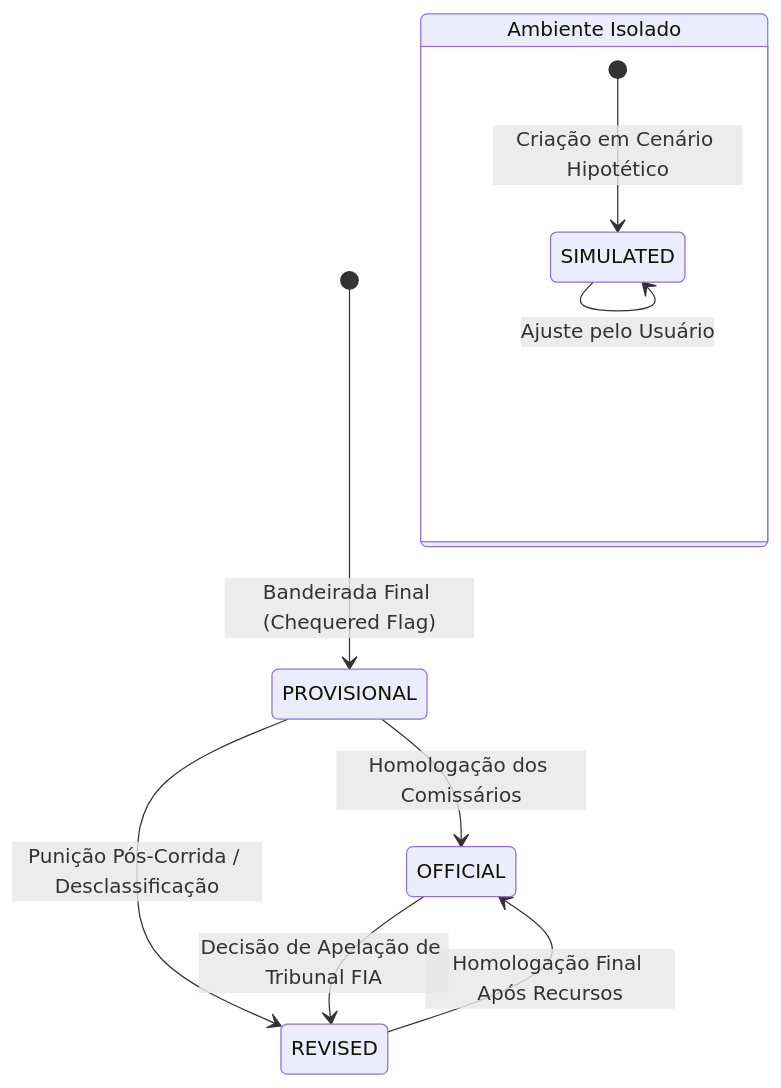
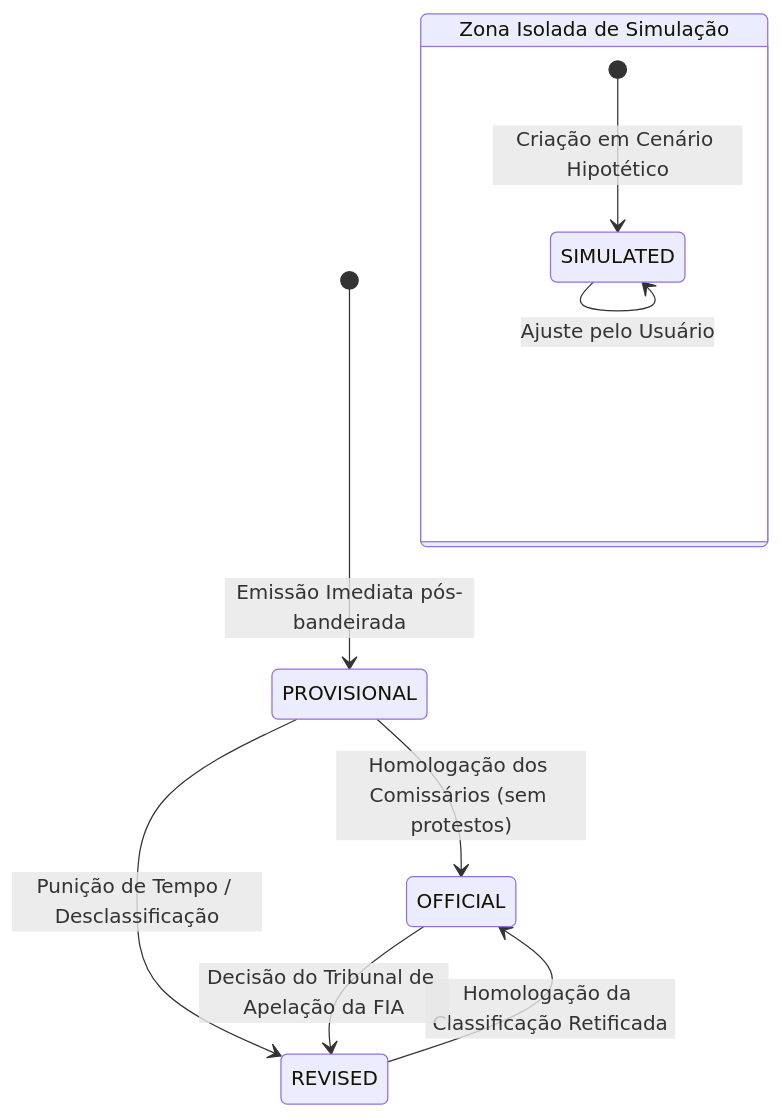
One commit to Joao147258/f1atlas changed the fourth of 4 diagrams in docs/domain/events.md. Above: the diagram before and after it, drawn with Mermaid. The commit also changed other lines of this file and 167 other files, not shown here.

````diff
--- a/docs/domain/events.md
+++ b/docs/domain/events.md
@@ -74,13 +233,13 @@
 ```mermaid
 stateDiagram-v2
-    [*] --> PROVISIONAL : Bandeirada Final (Chequered Flag)
-    PROVISIONAL --> OFFICIAL : Homologação dos Comissários
-    PROVISIONAL --> REVISED : Punição Pós-Corrida / Desclassificação
-    REVISED --> OFFICIAL : Homologação Final Após Recursos
-    OFFICIAL --> REVISED : Decisão de Apelação de Tribunal FIA
+    [*] --> PROVISIONAL: Emissão Imediata pós-bandeirada
+    PROVISIONAL --> OFFICIAL: Homologação dos Comissários (sem protestos)
+    PROVISIONAL --> REVISED: Punição de Tempo / Desclassificação
+    REVISED --> OFFICIAL: Homologação da Classificação Retificada
+    OFFICIAL --> REVISED: Decisão do Tribunal de Apelação da FIA
     
-    state "Ambiente Isolado" as SimZone {
-        [*] --> SIMULATED : Criação em Cenário Hipotético
-        SIMULATED --> SIMULATED : Ajuste pelo Usuário
+    state "Zona Isolada de Simulação" as SimZone {
+        [*] --> SIMULATED: Criação em Cenário Hipotético
+        SIMULATED --> SIMULATED: Ajuste pelo Usuário
     }
 ```
````
